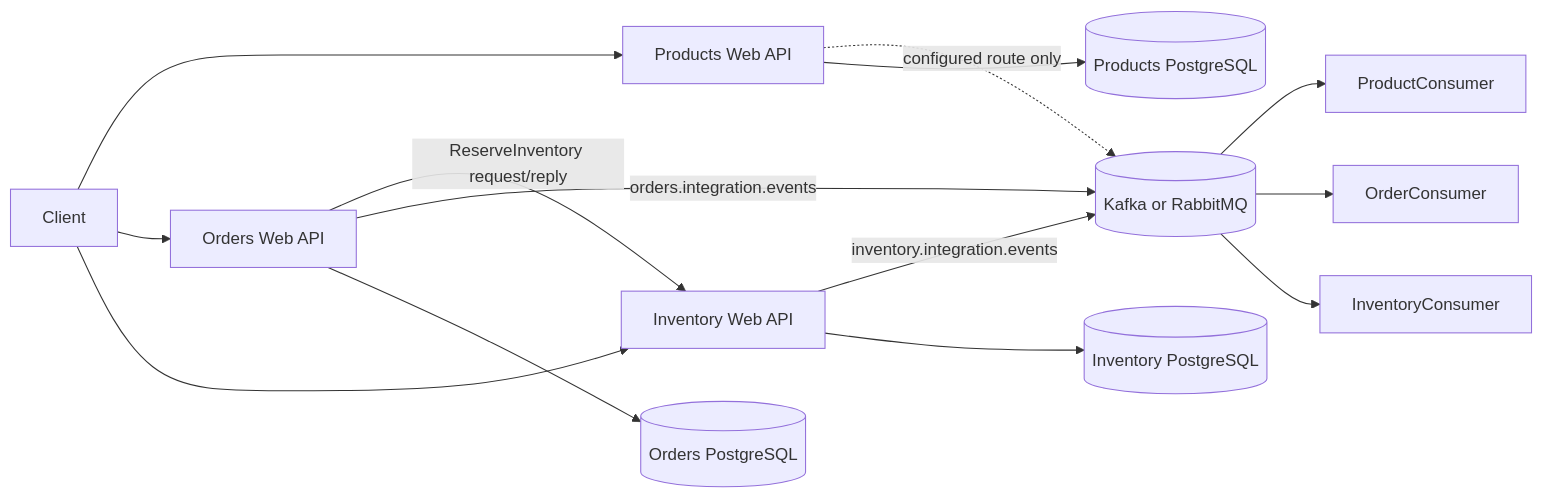
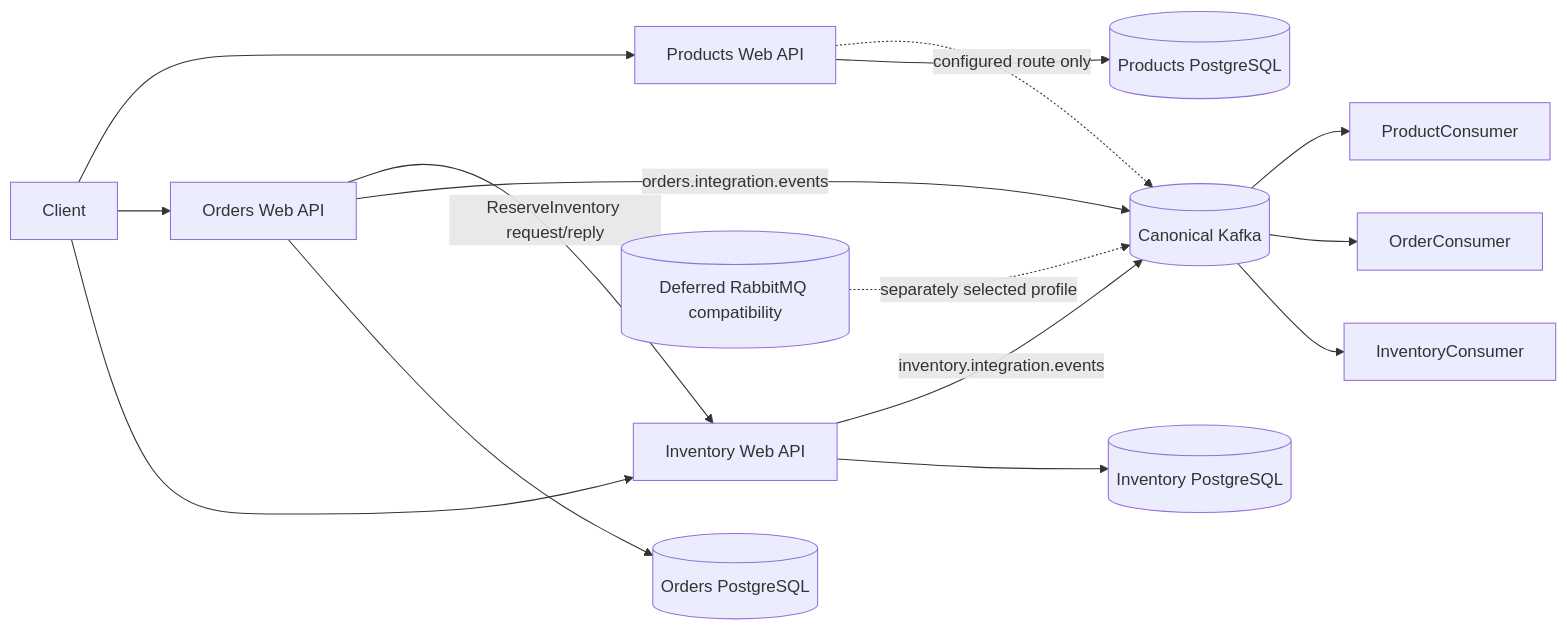
The diagram in .dev/specs/reconstruction/system-blueprint.md (YuChia-Wei/dotnet-distributed-architecture-lab), drawn with Mermaid before and after one commit. The commit also changed other lines of this file and 56 other files, not shown here.

````diff
--- a/.dev/specs/reconstruction/system-blueprint.md
+++ b/.dev/specs/reconstruction/system-blueprint.md
@@ -11,16 +11,17 @@
 ```mermaid
 flowchart LR
   Client --> ProductsAPI[Products Web API]
   Client --> OrdersAPI[Orders Web API]
   Client --> InventoryAPI[Inventory Web API]
   OrdersAPI -->|ReserveInventory request/reply| InventoryAPI
-  OrdersAPI -->|orders.integration.events| Bus[(Kafka or RabbitMQ)]
+  OrdersAPI -->|orders.integration.events| Bus[(Canonical Kafka)]
   InventoryAPI -->|inventory.integration.events| Bus
   ProductsAPI -. configured route only .-> Bus
   Bus --> ProductConsumer
   Bus --> OrderConsumer
   Bus --> InventoryConsumer
+  Rabbit[(Deferred RabbitMQ compatibility)] -. separately selected profile .-> Bus
   ProductsAPI --> ProductsDB[(Products PostgreSQL)]
   OrdersAPI --> OrdersDB[(Orders PostgreSQL)]
   InventoryAPI --> InventoryDB[(Inventory PostgreSQL)]
 ```
````
